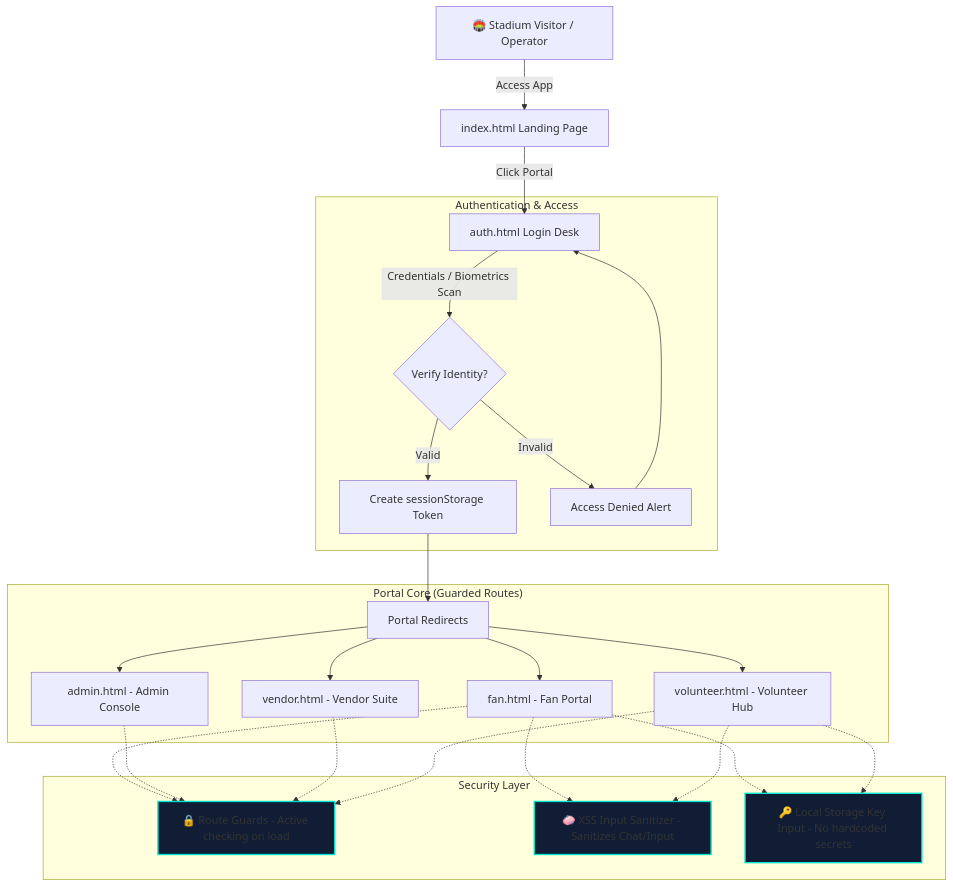
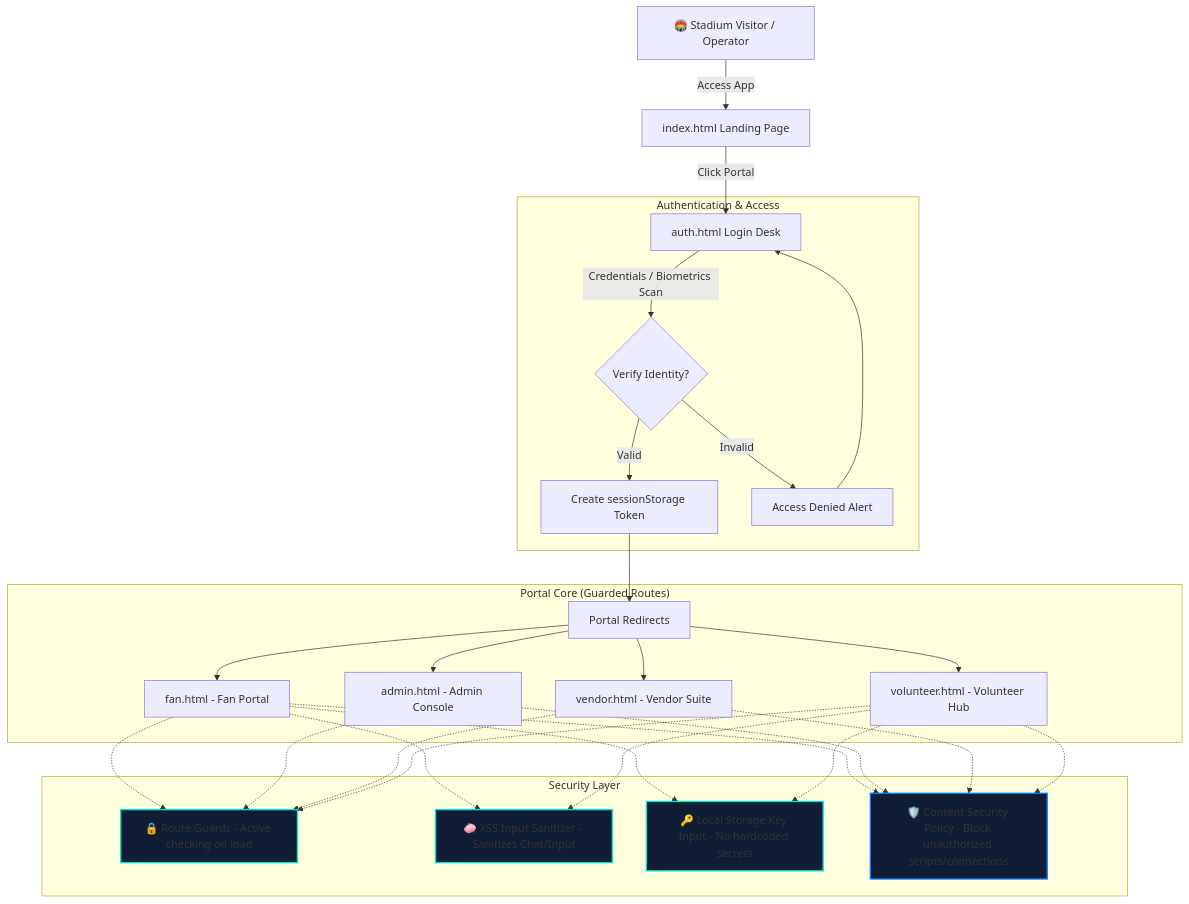
One commit to parthdas-ops/FIFA-nexus-Ai-deployment changed the diagram in README.md. Above: the diagram before and after it, drawn with Mermaid. The commit also changed other lines of this file and 10 other files, not shown here.

Commit message:
Refactor and optimize smart stadium OS: add CSP headers, input sanitization, accessibility standards, and security tests

````diff
--- a/README.md
+++ b/README.md
@@ -21,35 +21,37 @@
 ```mermaid
 graph TD
     User[🏟️ Stadium Visitor / Operator] -->|Access App| Home[index.html Landing Page]
     Home -->|Click Portal| Auth[auth.html Login Desk]
     
     subgraph "Authentication & Access"
         Auth -->|Credentials / Biometrics Scan| Validate{Verify Identity?}
         Validate -->|Valid| SetSession[Create sessionStorage Token]
         Validate -->|Invalid| ShowError[Access Denied Alert]
         ShowError --> Auth
     end
 
     subgraph "Portal Core (Guarded Routes)"
         SetSession --> Portals[Portal Redirects]
         Portals --> Fan[fan.html - Fan Portal]
         Portals --> Admin[admin.html - Admin Console]
         Portals --> Vendor[vendor.html - Vendor Suite]
         Portals --> Volunteer[volunteer.html - Volunteer Hub]
     end
 
     subgraph Security Layer
         Guard[🔒 Route Guards - Active checking on load]
         Sanitizer[🧼 XSS Input Sanitizer - Sanitizes Chat/Input]
         NoSecrets[🔑 Local Storage Key Input - No hardcoded secrets]
+        CSP[🛡️ Content Security Policy - Block unauthorized scripts/connections]
     end
 
-    Fan -.-> Guard & Sanitizer & NoSecrets
-    Admin -.-> Guard
-    Vendor -.-> Guard
-    Volunteer -.-> Guard & Sanitizer & NoSecrets
+    Fan -.-> Guard & Sanitizer & NoSecrets & CSP
+    Admin -.-> Guard & CSP
+    Vendor -.-> Guard & CSP
+    Volunteer -.-> Guard & Sanitizer & NoSecrets & CSP
 
     style Guard fill:#111D35,stroke:#00E5CC,stroke-width:2px;
     style Sanitizer fill:#111D35,stroke:#00E5CC,stroke-width:2px;
     style NoSecrets fill:#111D35,stroke:#00E5CC,stroke-width:2px;
+    style CSP fill:#111D35,stroke:#0080FF,stroke-width:2px;
 ```
````
